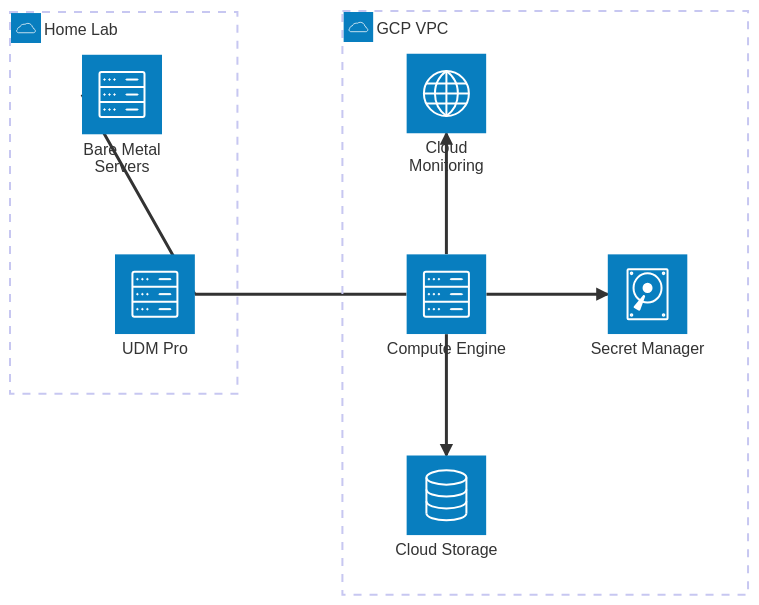
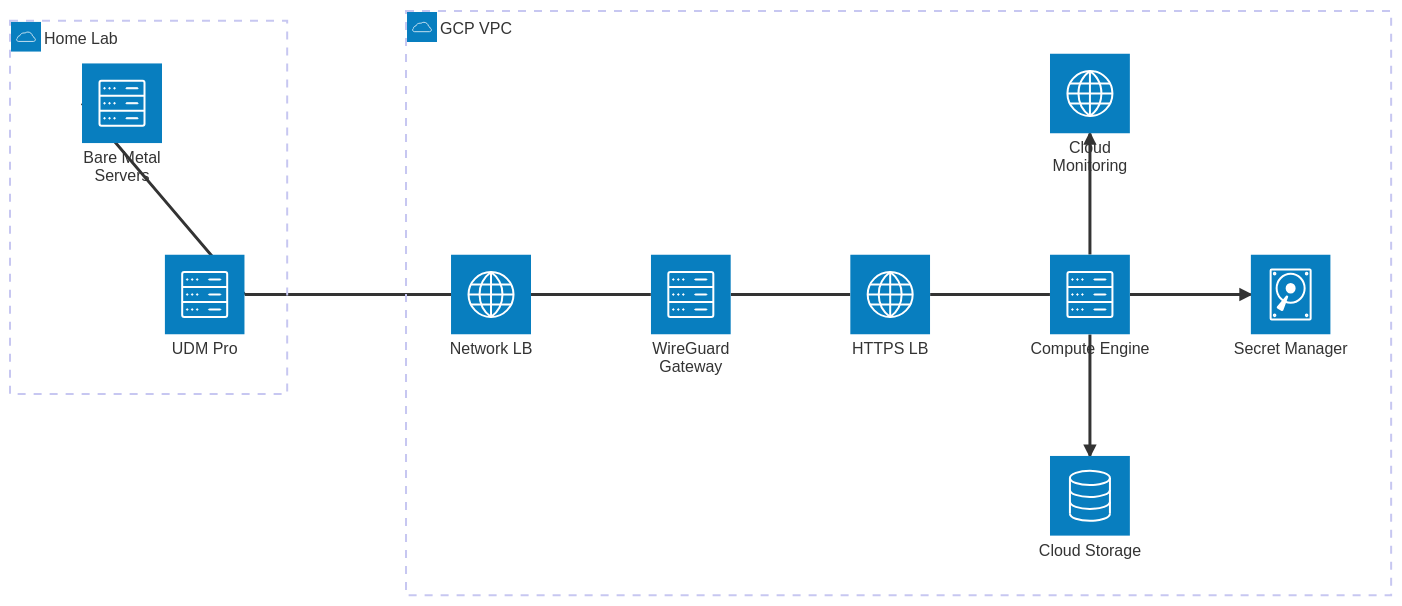
The third of 4 diagrams in docs/content/r&d/adrs/0005-network-boot-infrastructure-gcp.md (Zaba505/infra), drawn with Mermaid before and after one commit. The commit also changed other lines of this file, not shown here.

Commit message:
docs(issue-601): include wiregaurd and lb in architecture diagrams

````diff
--- a/docs/content/r&d/adrs/0005-network-boot-infrastructure-gcp.md
+++ b/docs/content/r&d/adrs/0005-network-boot-infrastructure-gcp.md
@@ -266,19 +272,25 @@
 ```mermaid
 architecture-beta
     group gcp(cloud)[GCP VPC]
     
+    service wg_nlb(internet)[Network LB] in gcp
+    service wireguard(server)[WireGuard Gateway] in gcp
+    service https_lb(internet)[HTTPS LB] in gcp
     service compute(server)[Compute Engine] in gcp
     service storage(database)[Cloud Storage] in gcp
     service secrets(disk)[Secret Manager] in gcp
     service monitoring(internet)[Cloud Monitoring] in gcp
     
     group homelab(cloud)[Home Lab]
     service udm(server)[UDM Pro] in homelab
     service servers(server)[Bare Metal Servers] in homelab
     
     servers:L -- R:udm
-    udm:R -- L:compute
+    udm:R -- L:wg_nlb
+    wg_nlb:R -- L:wireguard
+    wireguard:R -- L:https_lb
+    https_lb:R -- L:compute
     compute:B --> T:storage
     compute:R --> L:secrets
     compute:T --> B:monitoring
 ```
````
